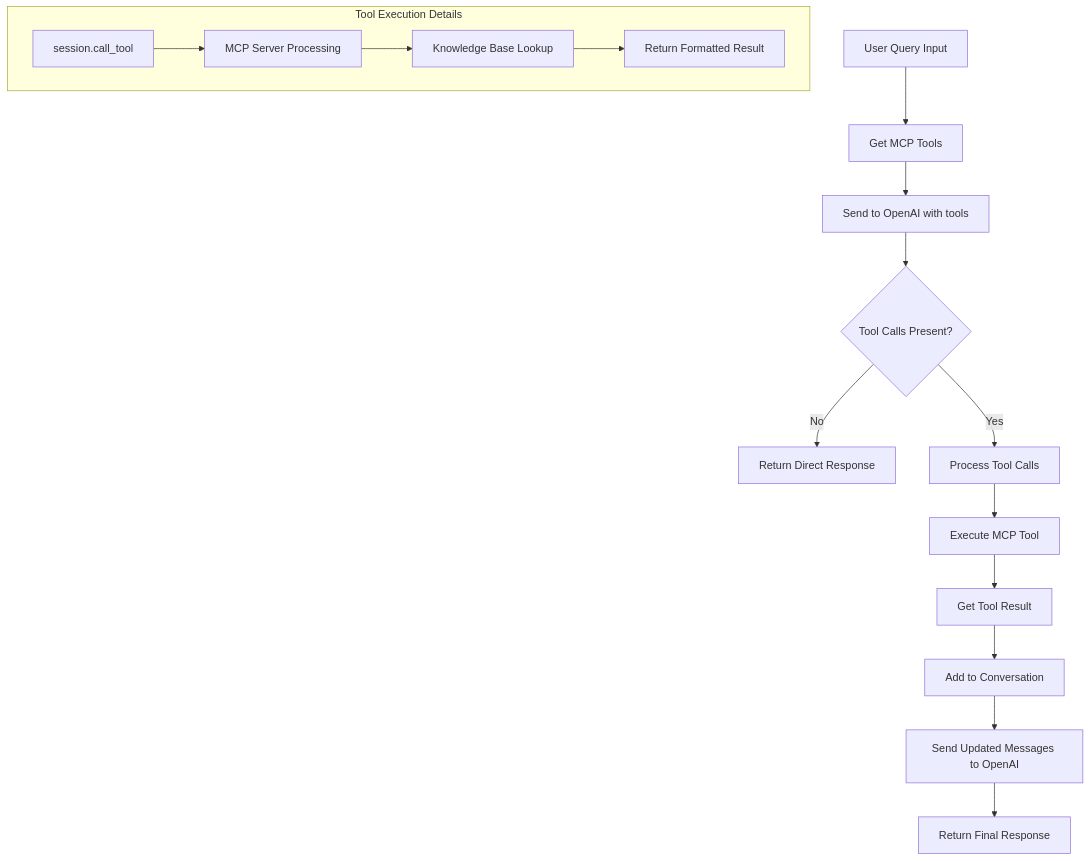
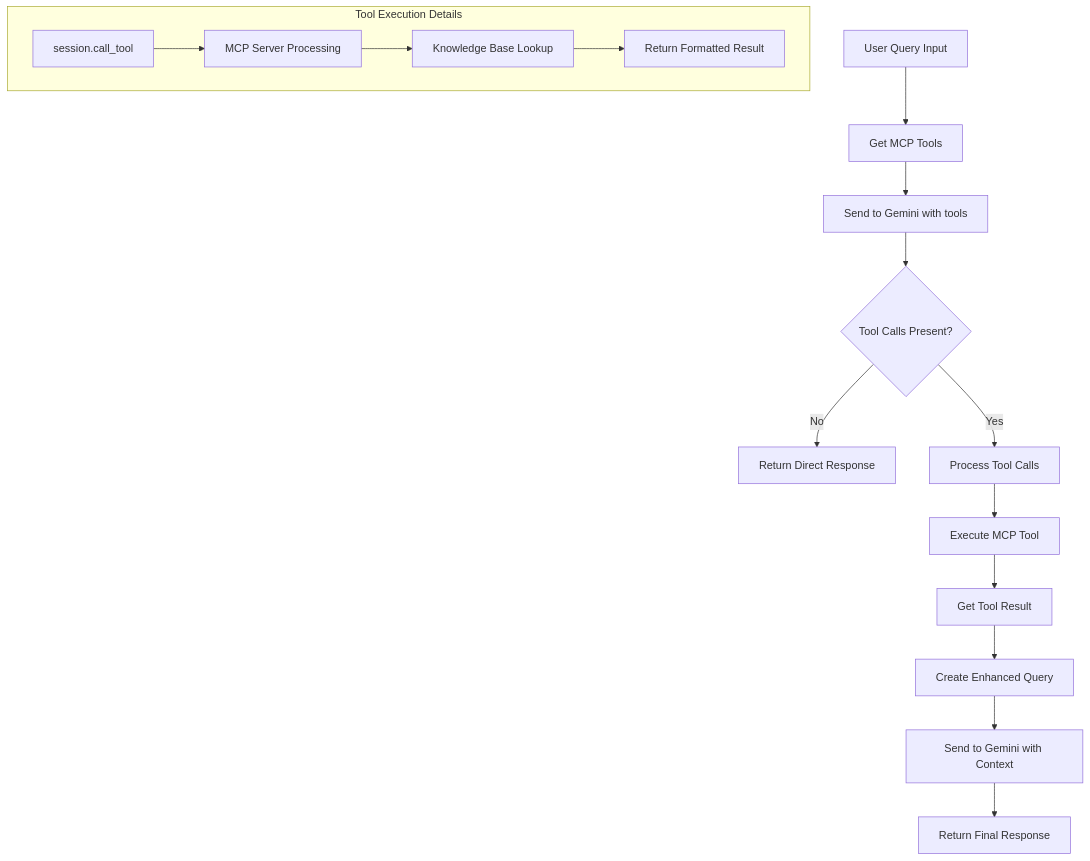
The third of 4 diagrams in openAI-integration/control_flow.md (PacifistaPx0/MCP-Server), drawn with Mermaid before and after one commit. The commit also changed other lines of this file, not shown here.

````diff
--- a/openAI-integration/control_flow.md
+++ b/openAI-integration/control_flow.md
@@ -151,21 +157,21 @@
 ```mermaid
 graph TD
     A[User Query Input] --> B[Get MCP Tools]
-    B --> C[Send to OpenAI with tools]
+    B --> C[Send to Gemini with tools]
     C --> D{Tool Calls Present?}
     
     D -->|No| E[Return Direct Response]
     D -->|Yes| F[Process Tool Calls]
     
     F --> G[Execute MCP Tool]
     G --> H[Get Tool Result]
-    H --> I[Add to Conversation]
-    I --> J[Send Updated Messages to OpenAI]
+    H --> I[Create Enhanced Query]
+    I --> J[Send to Gemini with Context]
     J --> K[Return Final Response]
     
     subgraph "Tool Execution Details"
         G1[session.call_tool] --> G2[MCP Server Processing]
         G2 --> G3[Knowledge Base Lookup]
         G3 --> G4[Return Formatted Result]
     end
 ```
````
